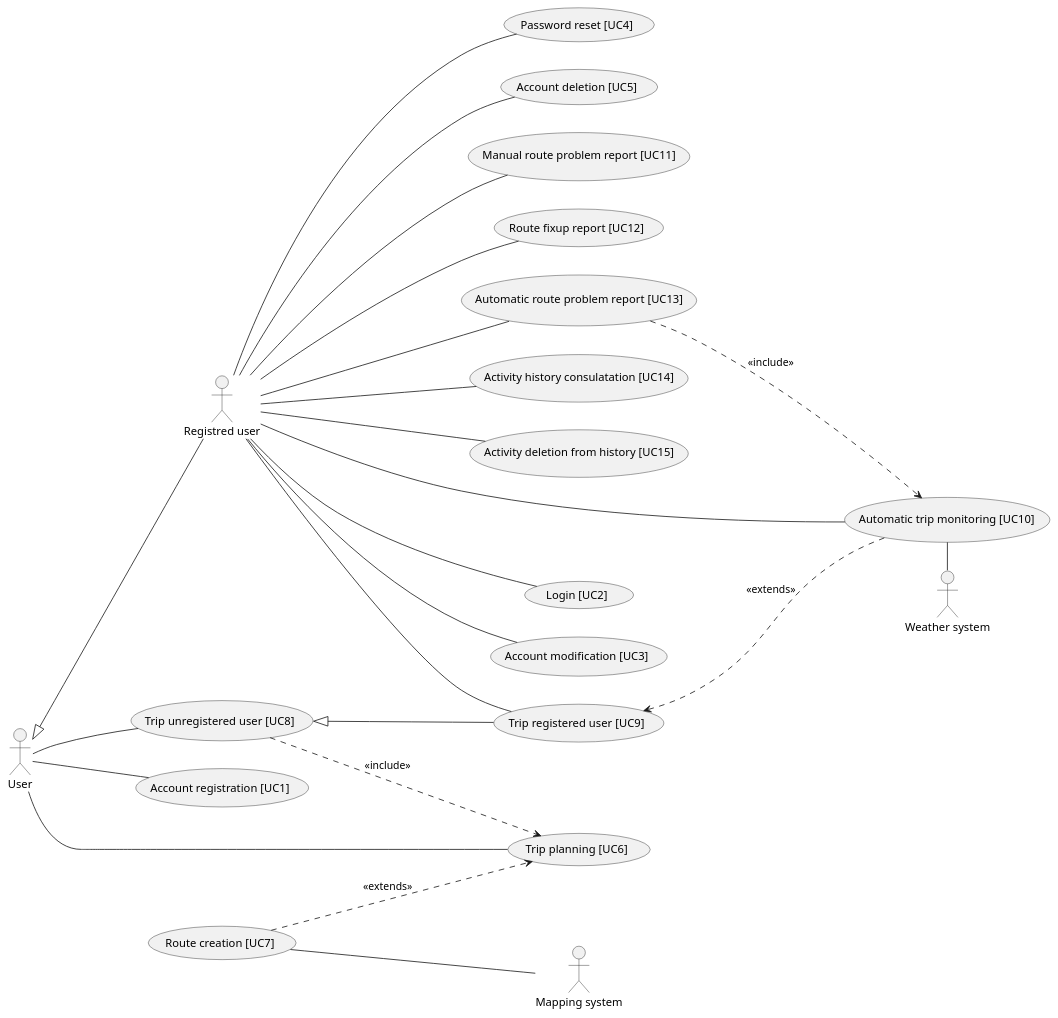
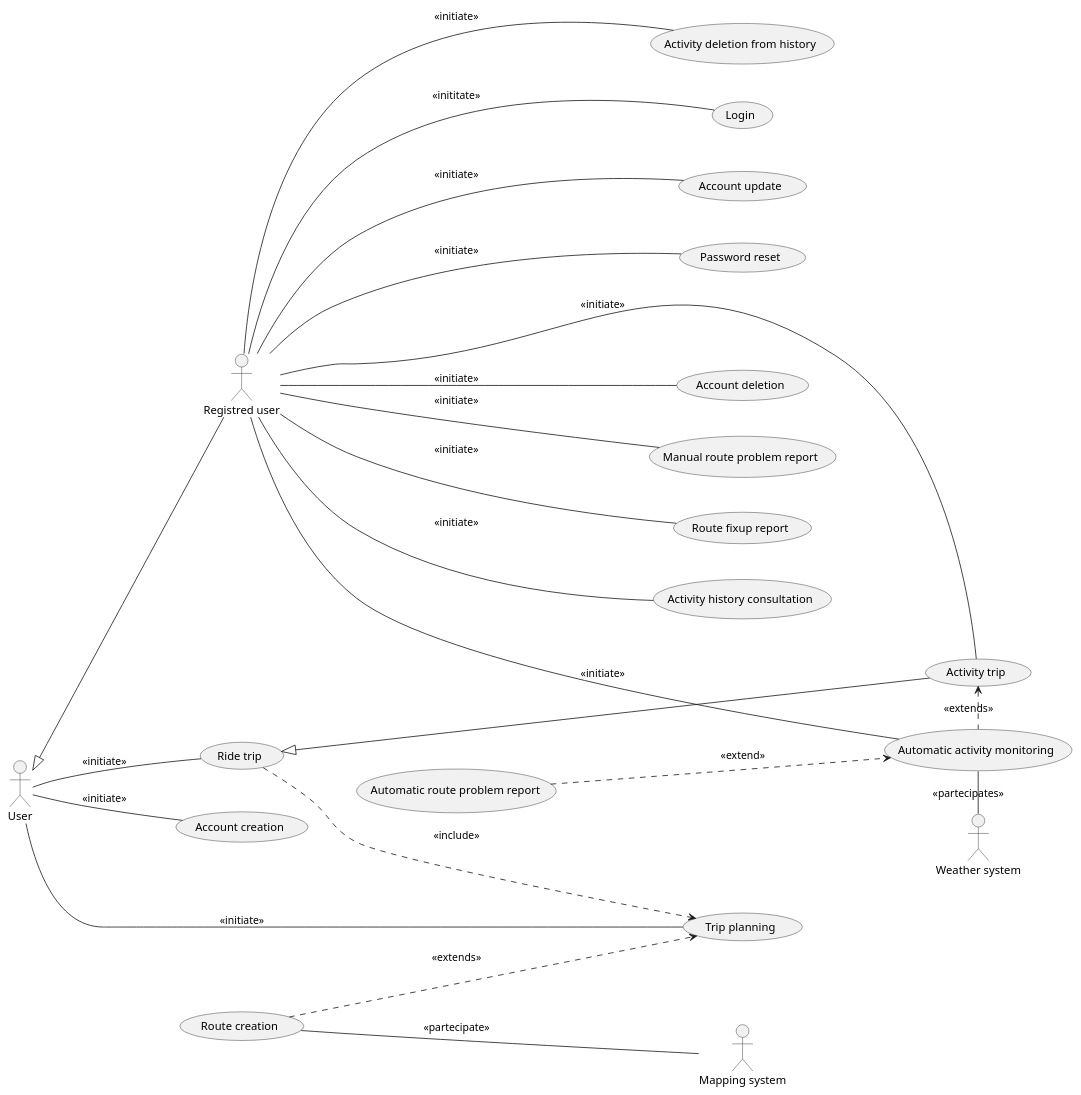
One commit to Guflie/PoliMi-SWE2-RDD-project changed the diagram in diagrams/RASD/use_case_diagram.puml. Above: the diagram before and after it, drawn with PlantUML. The commit also changed 15 other files, not shown here.

```diff
--- a/diagrams/RASD/use_case_diagram.puml
+++ b/diagrams/RASD/use_case_diagram.puml
@@ -1,67 +1,68 @@
 @startuml Use Case Diagram
 left to right direction
 
 ' --- Actors ---
 :User: as u
 :Registred user: as ru
 
 :Mapping system: as ms
 :Weather system: as ws
 
 u <|--- ru
 
 ' --- Use Cases for User ---
-(Account registration [UC1]) as uc1
-u --- uc1
+(Account creation) as uc1
+u --- uc1 : <<initiate>>
 
-(Trip planning [UC6]) as uc6
-u --- uc6
+(Trip planning) as uc6
+u --- uc6 : <<initiate>>
 
-(Trip unregistered user [UC8]) as uc8
-u --- uc8
+(Ride trip) as uc8
+u --- uc8 : <<initiate>>
 uc8 ...> uc6 :  <<include>>
 
-(Route creation [UC7]) as uc7
+(Route creation) as uc7
 uc7 ...> uc6 : <<extends>>
-uc7 --- ms
+uc7 --- ms : <<partecipate>>
+
 
 
 ' --- Use Cases for Registered User ---
-(Login [UC2]) as uc2
-ru --- uc2
+(Login) as uc2
+ru --- uc2 : <<inititate>>
 
-(Account modification [UC3]) as uc3
-ru --- uc3
+(Account update) as uc3
+ru --- uc3 : <<initiate>>
 
-(Password reset [UC4]) as uc4
-ru --- uc4
+(Password reset) as uc4
+ru --- uc4 : <<initiate>>
 
-(Account deletion [UC5]) as uc5
-ru --- uc5
+(Account deletion) as uc5
+ru --- uc5 : <<initiate>>
 
-(Trip registered user [UC9]) as uc9
-ru --- uc9
+(Activity trip) as uc9
+ru ---- uc9 : <<initiate>>
 uc8 <|- uc9
 
-(Automatic trip monitoring [UC10]) as uc10
-ru --- uc10
+(Automatic activity monitoring) as uc10
+ru --- uc10 : <<initiate>>
 uc9 <. uc10 : <<extends>>
-uc10 - ws
+uc10 - ws: <<partecipates>>
 
-(Manual route problem report [UC11]) as uc11
-ru --- uc11
+(Manual route problem report) as uc11
+ru --- uc11 : <<initiate>>
 
-(Route fixup report [UC12]) as uc12
-ru --- uc12
+(Route fixup report) as uc12
+ru --- uc12 : <<initiate>>
 
-(Automatic route problem report [UC13]) as uc13
-ru --- uc13
-uc13 ...> uc10 : <<include>>  
+(Automatic route problem report) as uc13
 
-(Activity history consulatation [UC14]) as uc14
-ru --- uc14
+uc13 ...> uc10 : <<extend>>  
 
-(Activity deletion from history [UC15]) as uc15
-ru --- uc15
+(Activity history consultation) as uc14
+ru --- uc14 : <<initiate>>
+
+(Activity deletion from history) as uc15
+ru --- uc15 : <<initiate>>
 
 @enduml
```
